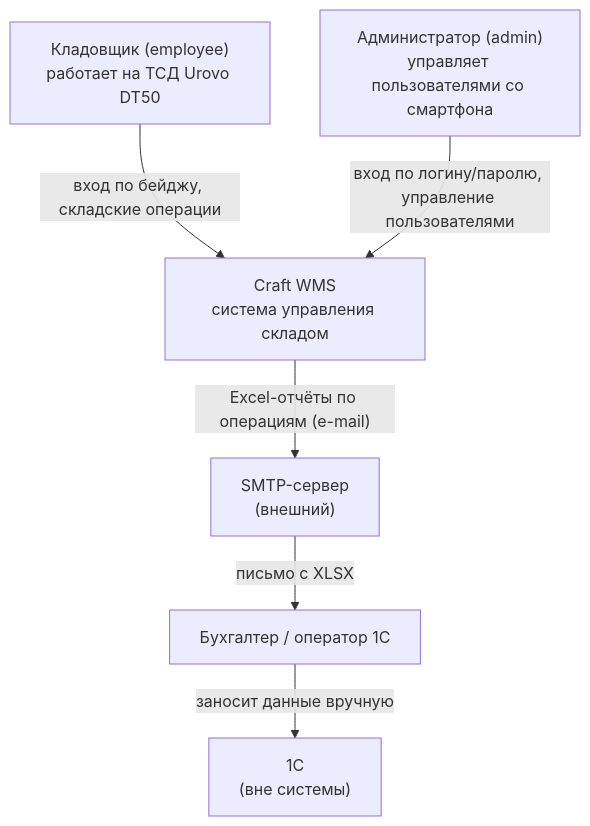
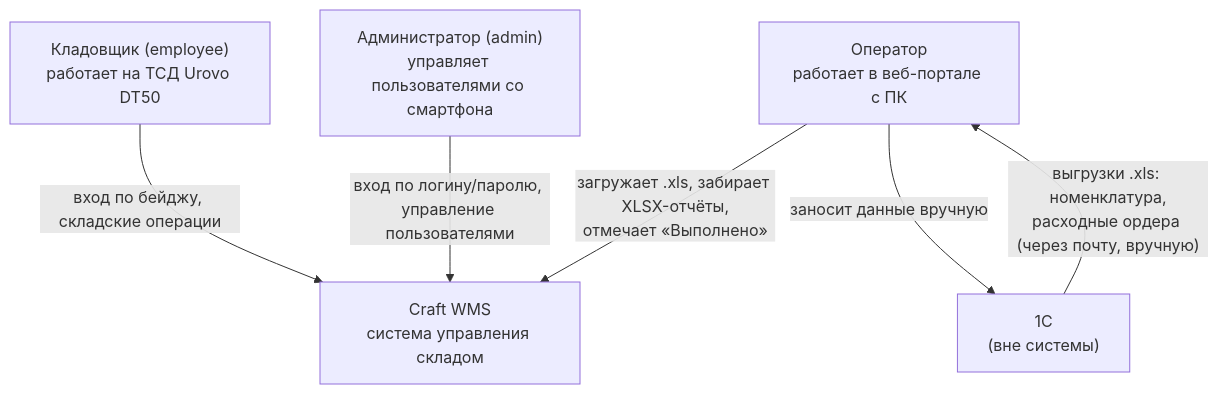
One commit to SergeiSMV/craft_limonades changed the first of 4 diagrams in docs/architecture.md. Above: the diagram before and after it, drawn with Mermaid. The commit also changed other lines of this file and 8 other files, not shown here.

````diff
--- a/docs/architecture.md
+++ b/docs/architecture.md
@@ -31,15 +33,14 @@
 ```mermaid
 flowchart TB
     worker["Кладовщик (employee)<br/>работает на ТСД Urovo DT50"]
     admin["Администратор (admin)<br/>управляет пользователями со смартфона"]
+    op["Оператор<br/>работает в веб-портале с ПК"]
     wms["Craft WMS<br/>система управления складом"]
-    smtp["SMTP-сервер<br/>(внешний)"]
-    acc["Бухгалтер / оператор 1С"]
     onec["1С<br/>(вне системы)"]
 
     worker -->|"вход по бейджу, складские операции"| wms
     admin -->|"вход по логину/паролю, управление пользователями"| wms
-    wms -->|"Excel-отчёты по операциям (e-mail)"| smtp
-    smtp -->|"письмо с XLSX"| acc
-    acc -->|"заносит данные вручную"| onec
+    onec -->|"выгрузки .xls: номенклатура,<br/>расходные ордера (через почту, вручную)"| op
+    op -->|"загружает .xls, забирает XLSX-отчёты,<br/>отмечает «Выполнено»"| wms
+    op -->|"заносит данные вручную"| onec
 ```
````
